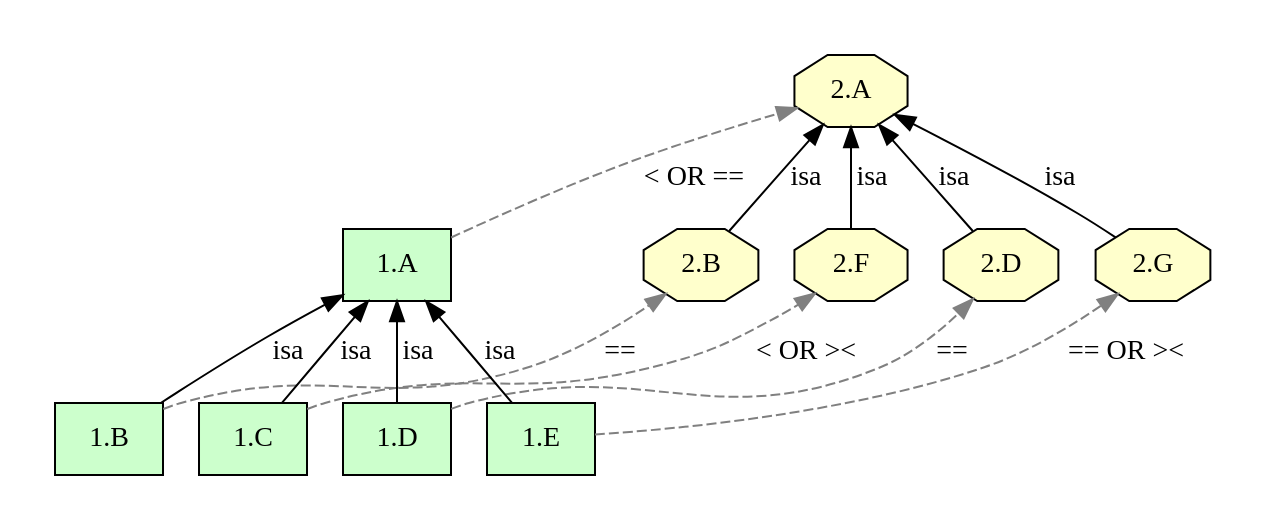
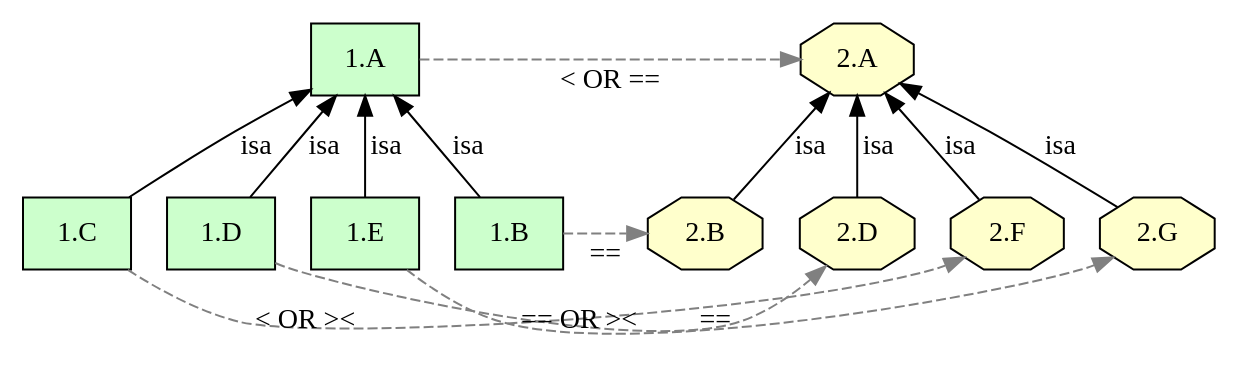
Before and after one commit to EulerProject/EulerX: the diagram in example/abstract4/abstract4_iv.dot, drawn with Graphviz. The commit also changed 2 other files, not shown here.

```diff
--- a/example/abstract4/abstract4_iv.dot
+++ b/example/abstract4/abstract4_iv.dot
@@ -1,34 +1,33 @@
 digraph {
 rankdir = BT
-subgraph cluster_t1 {
-style=invis;
 node [shape=box style="filled" fillcolor="#CCFFCC"];
 "1.A";
 "1.B";
 "1.C";
 "1.D";
 "1.E";
 "1.B" -> "1.A" [label=isa, color=black];
 "1.C" -> "1.A" [label=isa, color=black];
 "1.D" -> "1.A" [label=isa, color=black];
 "1.E" -> "1.A" [label=isa, color=black];
-}
-subgraph cluster_t2 {
-style=invis;
 node [shape=octagon style="filled" fillcolor="#FFFFCC"];
 "2.A";
 "2.B";
 "2.D";
 "2.F";
 "2.G";
 "2.B" -> "2.A" [label=isa, color=black];
 "2.D" -> "2.A" [label=isa, color=black];
 "2.F" -> "2.A" [label=isa, color=black];
 "2.G" -> "2.A" [label=isa, color=black];
-}
+{rank=same;"1.A" ; "2.A" ;}
 "1.A" -> "2.A" [color=grey, style=dashed, label="< OR =="];
+{rank=same;"1.B" ; "2.B" ;}
 "1.B" -> "2.B" [color=grey, style=dashed, label="=="];
+{rank=same;"1.C" ; "2.F" ;}
 "1.C" -> "2.F" [color=grey, style=dashed, label="< OR ><"];
+{rank=same;"1.D" ; "2.D" ;}
 "1.D" -> "2.D" [color=grey, style=dashed, label="=="];
+{rank=same;"1.E" ; "2.G" ;}
 "1.E" -> "2.G" [color=grey, style=dashed, label="== OR ><"];
 }
```
